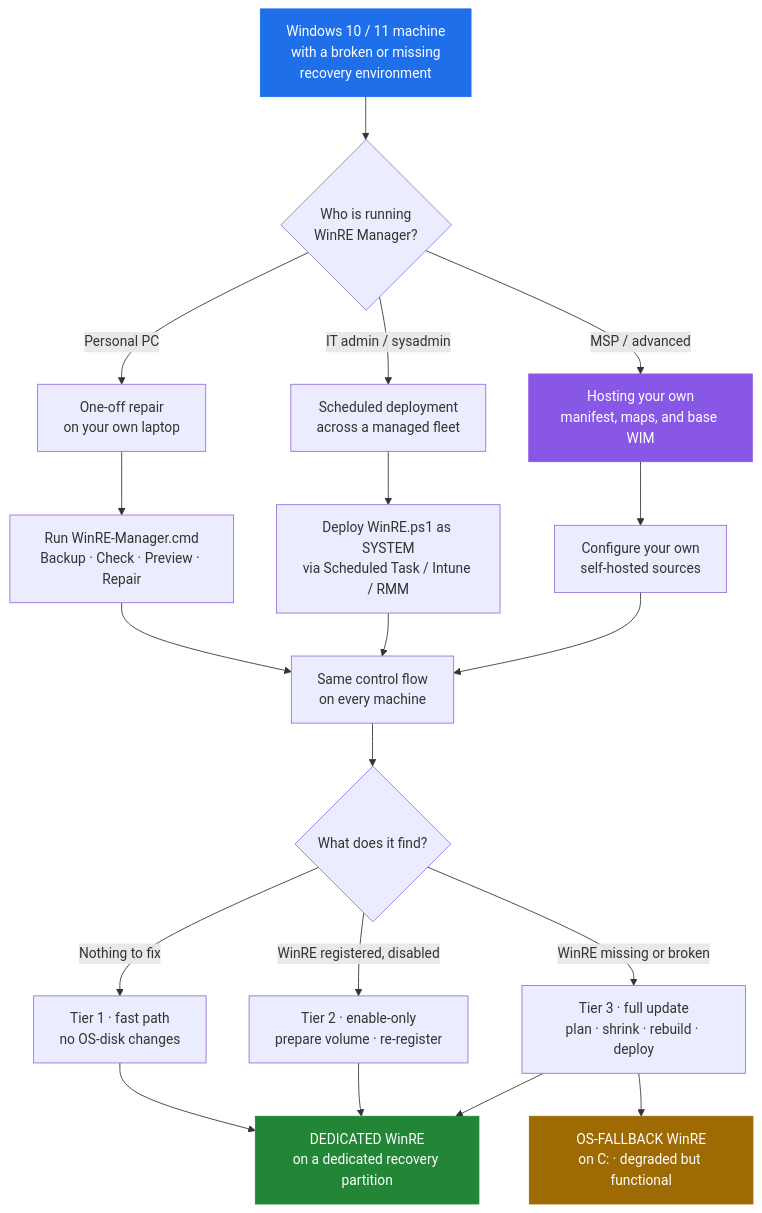
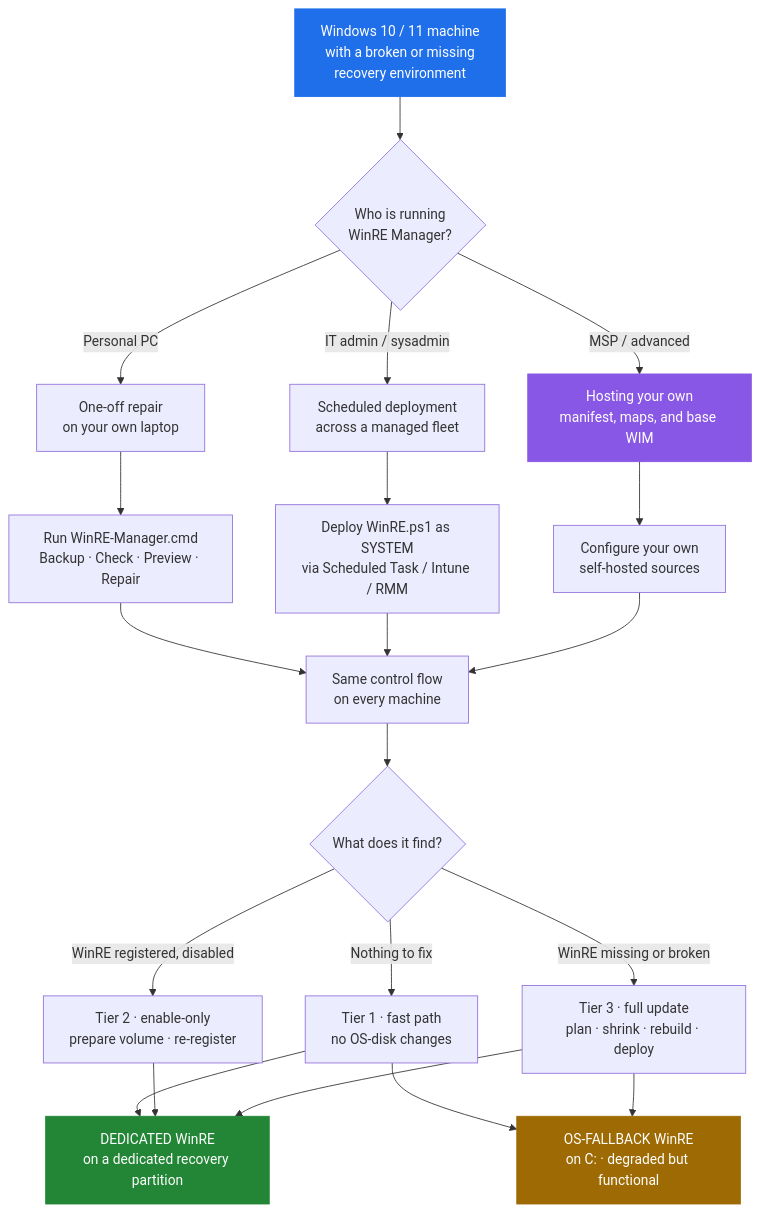
One commit to ArthurJDurand/WinRE-Manager changed the diagram in docs/index.md. Above: the diagram before and after it, drawn with Mermaid. The commit also changed other lines of this file and 12 other files, not shown here.

````diff
--- a/docs/index.md
+++ b/docs/index.md
@@ -53,33 +53,34 @@
 ```mermaid
 flowchart TD
     Start["Windows 10 / 11 machine<br/>with a broken or missing<br/>recovery environment"]
 
     Start --> Who{"Who is running<br/>WinRE Manager?"}
 
     Who -->|"Personal PC"| Single["One-off repair<br/>on your own laptop"]
     Who -->|"IT admin / sysadmin"| Fleet["Scheduled deployment<br/>across a managed fleet"]
     Who -->|"MSP / advanced"| Hosted["Hosting your own<br/>manifest, maps, and base WIM"]
 
     Single --> RunOne["Run WinRE-Manager.cmd<br/>Backup · Check · Preview · Repair"]
     Fleet --> RunFleet["Deploy WinRE.ps1 as SYSTEM<br/>via Scheduled Task / Intune / RMM"]
     Hosted --> RunHost["Configure your own<br/>self-hosted sources"]
 
     RunOne --> Flow["Same control flow<br/>on every machine"]
     RunFleet --> Flow
     RunHost --> Flow
 
     Flow --> Fast{"What does it find?"}
     Fast -->|"Nothing to fix"| FP["Tier 1 · fast path<br/>no OS-disk changes"]
     Fast -->|"WinRE registered, disabled"| EO["Tier 2 · enable-only<br/>prepare volume · re-register"]
     Fast -->|"WinRE missing or broken"| FU["Tier 3 · full update<br/>plan · shrink · rebuild · deploy"]
 
     FP --> Dedicated["DEDICATED WinRE<br/>on a dedicated recovery partition"]
+    FP --> Fallback
     EO --> Dedicated
     FU --> Dedicated
     FU --> Fallback["OS-FALLBACK WinRE<br/>on C: · degraded but functional"]
 
     style Start fill:#1f6feb,stroke:#1f6feb,color:#fff
     style Dedicated fill:#238636,stroke:#238636,color:#fff
     style Fallback fill:#9e6a03,stroke:#9e6a03,color:#fff
     style Hosted fill:#8957e5,stroke:#8957e5,color:#fff
 ```
````
